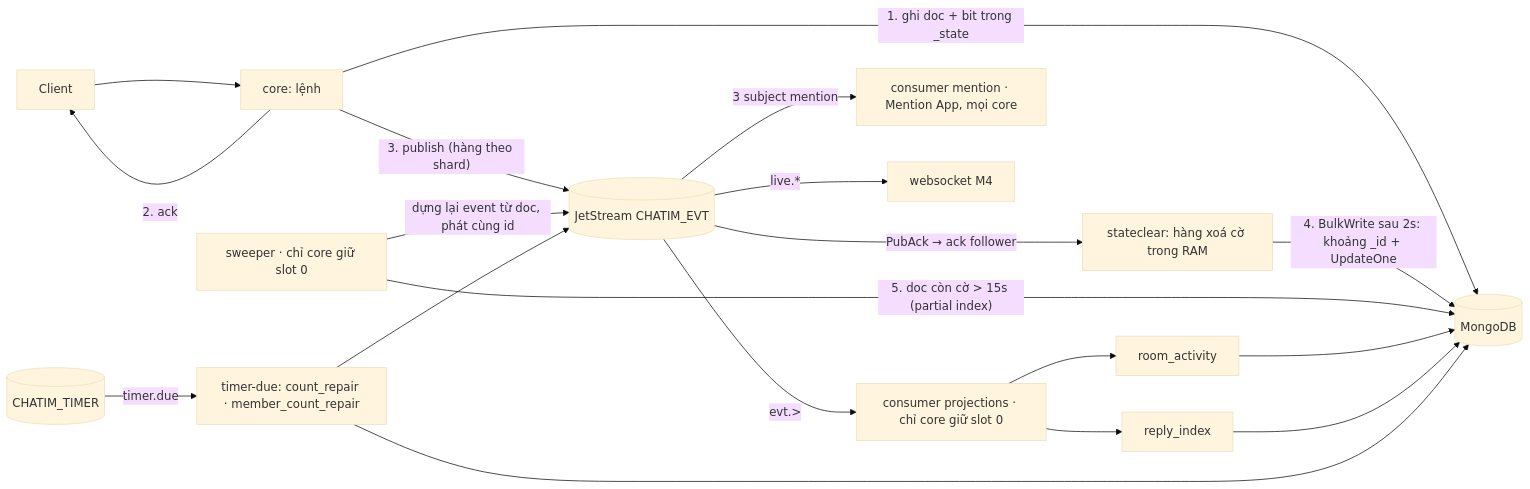
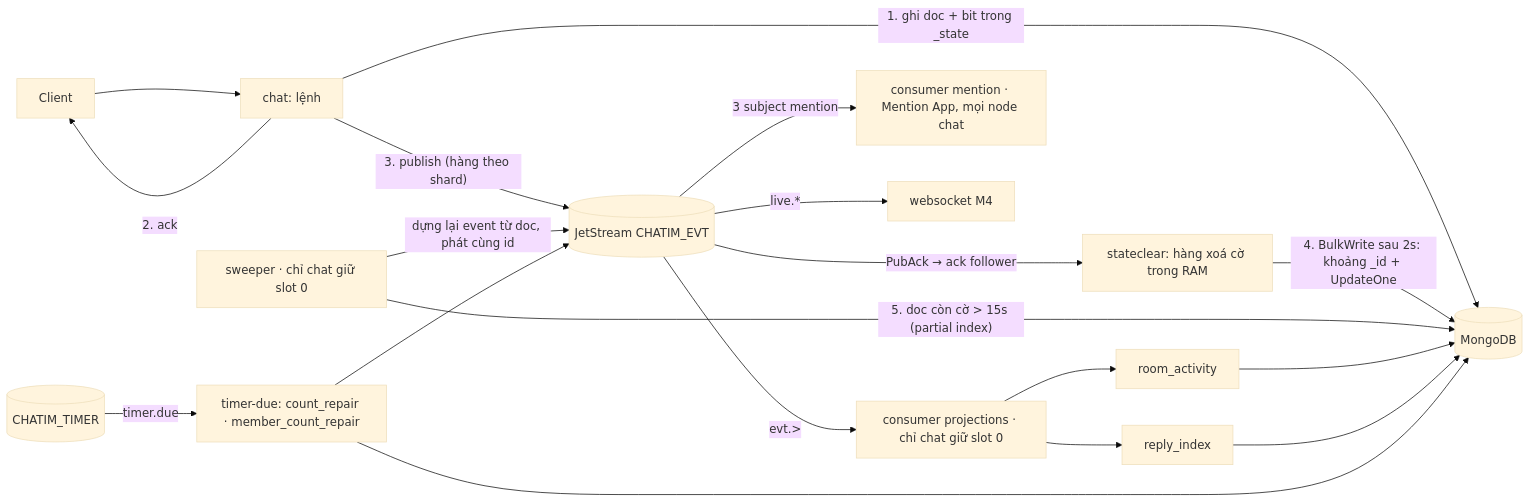
Before and after one commit to ivannguyendev/chatim: the first of 2 diagrams in docs/modules/10-feature-data-reconciliation-and-repair.md, drawn with Mermaid (base theme). The commit also changed other lines of this file and 332 other files, not shown here.

````diff
--- a/docs/modules/10-feature-data-reconciliation-and-repair.md
+++ b/docs/modules/10-feature-data-reconciliation-and-repair.md
@@ -25,19 +25,19 @@
 ```mermaid
 flowchart LR
-  C[Client] --> G[core: lệnh]
+  C[Client] --> G[chat: lệnh]
   G -- "1. ghi doc + bit trong _state" --> DB[(MongoDB)]
   G -- "2. ack" --> C
   G -- "3. publish (hàng theo shard)" --> EVT[(JetStream CHATIM_EVT)]
   EVT -- "PubAck → ack follower" --> Q[stateclear: hàng xoá cờ trong RAM]
   Q -- "4. BulkWrite sau 2s: khoảng _id + UpdateOne" --> DB
-  S[sweeper · chỉ core giữ slot 0] -- "5. doc còn cờ > 15s (partial index)" --> DB
+  S[sweeper · chỉ chat giữ slot 0] -- "5. doc còn cờ > 15s (partial index)" --> DB
   S -- "dựng lại event từ doc, phát cùng id" --> EVT
-  EVT -- "evt.>" --> P[consumer projections · chỉ core giữ slot 0]
+  EVT -- "evt.>" --> P[consumer projections · chỉ chat giữ slot 0]
   P --> P1[room_activity] & P2[reply_index]
   P1 & P2 --> DB
-  EVT -- "3 subject mention" --> MA[consumer mention · Mention App, mọi core]
+  EVT -- "3 subject mention" --> MA[consumer mention · Mention App, mọi node chat]
   EVT -- "live.*" --> W[websocket M4]
   T[(CHATIM_TIMER)] -- timer.due --> R[timer-due: count_repair · member_count_repair]
   R --> DB
   R --> EVT
 ```
````
